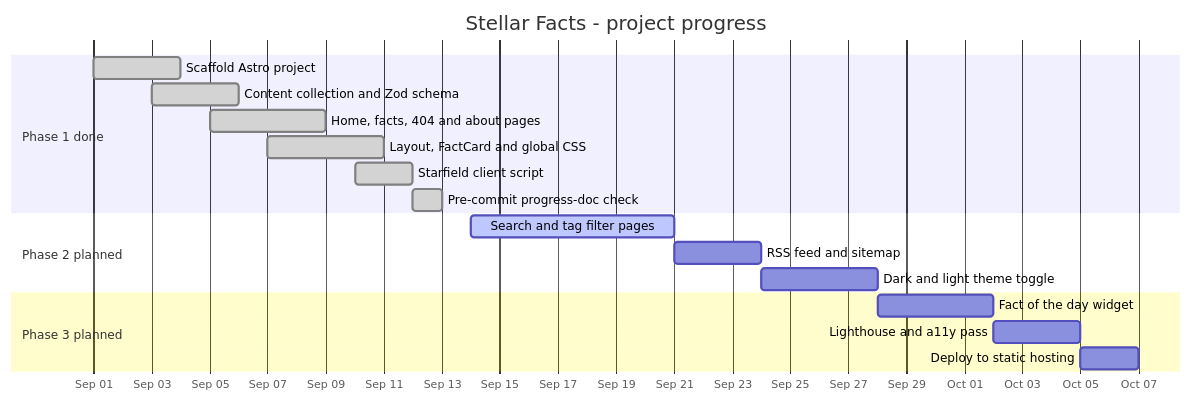
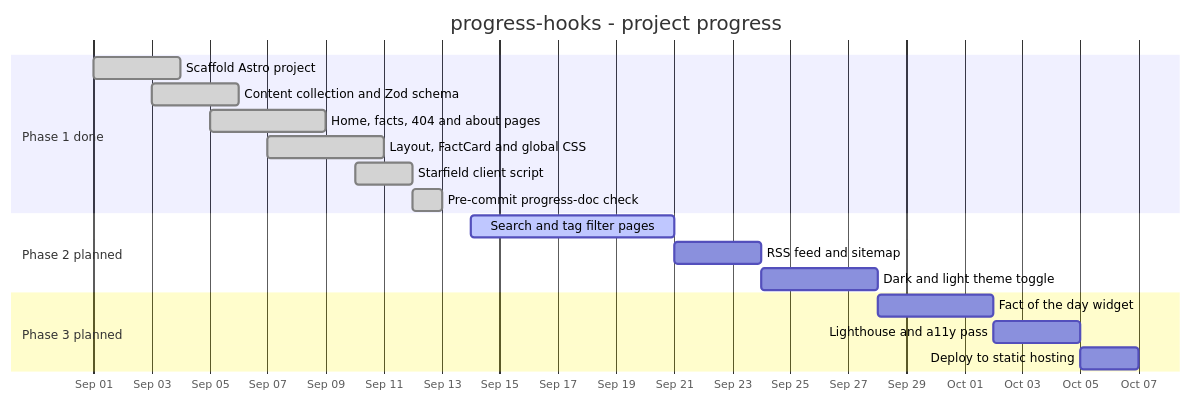
One commit to ehsankorhani/progress-hooks changed the first of 2 diagrams in doc/progress-indicator.md. Above: the diagram before and after it, drawn with Mermaid. The commit also changed other lines of this file and 2 other files, not shown here.

First line of the commit message:
Rename project to progress-hooks to reflect its purpose

````diff
--- a/doc/progress-indicator.md
+++ b/doc/progress-indicator.md
@@ -35,24 +38,24 @@
 ```mermaid
 gantt
-    title Stellar Facts - project progress
+    title progress-hooks - project progress
     dateFormat YYYY-MM-DD
     axisFormat %b %d
 
     section Phase 1 done
     Scaffold Astro project              :done, scaffold, 2026-09-01, 2026-09-04
     Content collection and Zod schema   :done, schema, 2026-09-03, 2026-09-06
     Home, facts, 404 and about pages    :done, pages, 2026-09-05, 2026-09-09
     Layout, FactCard and global CSS     :done, ui, 2026-09-07, 2026-09-11
     Starfield client script             :done, stars, 2026-09-10, 2026-09-12
     Pre-commit progress-doc check       :done, hookcheck, 2026-09-12, 2026-09-13
 
     section Phase 2 planned
     Search and tag filter pages         :active, search, 2026-09-14, 7d
     RSS feed and sitemap                :rss, after search, 3d
     Dark and light theme toggle         :theme, after rss, 4d
 
     section Phase 3 planned
     Fact of the day widget              :widget, after theme, 4d
     Lighthouse and a11y pass            :audit, after widget, 3d
     Deploy to static hosting            :deploy, after audit, 2d
 ```
````
